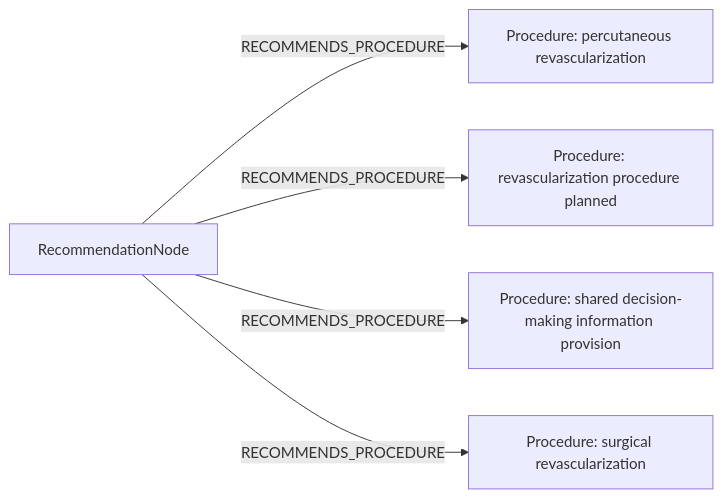
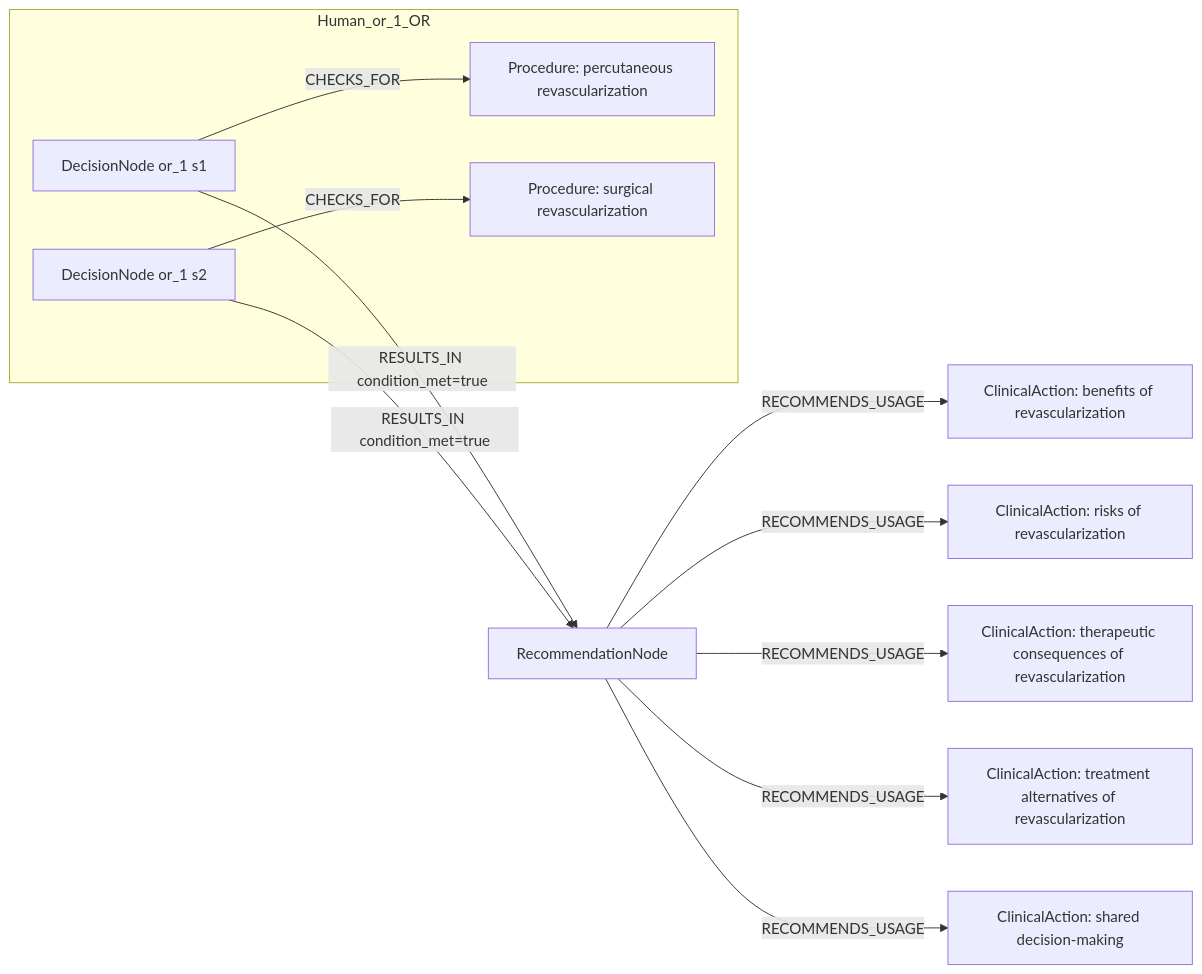
Before and after one commit to dieterich-lab/CardioGuidelinesGraph: the first of 2 diagrams in docs/table22_rows_comparison/row_01.md, drawn with Mermaid. The commit also changed other lines of this file and 21 other files, not shown here.

Commit message:
Fix rowwise Mermaid side handling for human annotations

````diff
--- a/docs/table22_rows_comparison/row_01.md
+++ b/docs/table22_rows_comparison/row_01.md
@@ -324,12 +144,24 @@
 ```mermaid
 graph LR
   REC[RecommendationNode]
-  ACT1[Procedure: percutaneous revascularization]
-  REC -->|RECOMMENDS_PROCEDURE| ACT1
-  ACT2[Procedure: revascularization procedure planned]
-  REC -->|RECOMMENDS_PROCEDURE| ACT2
-  ACT3[Procedure: shared decision-making information provision]
-  REC -->|RECOMMENDS_PROCEDURE| ACT3
-  ACT4[Procedure: surgical revascularization]
-  REC -->|RECOMMENDS_PROCEDURE| ACT4
+  ACT1[ClinicalAction: benefits of revascularization]
+  REC -->|RECOMMENDS_USAGE| ACT1
+  ACT2[ClinicalAction: risks of revascularization]
+  REC -->|RECOMMENDS_USAGE| ACT2
+  ACT3[ClinicalAction: therapeutic consequences of revascularization]
+  REC -->|RECOMMENDS_USAGE| ACT3
+  ACT4[ClinicalAction: treatment alternatives of revascularization]
+  REC -->|RECOMMENDS_USAGE| ACT4
+  ACT5[ClinicalAction: shared decision-making]
+  REC -->|RECOMMENDS_USAGE| ACT5
+  subgraph Human_or_1_OR
+    D_or_1_1[DecisionNode or_1 s1]
+    C_or_1_1[Procedure: percutaneous revascularization]
+    D_or_1_1 -->|CHECKS_FOR| C_or_1_1
+    D_or_1_2[DecisionNode or_1 s2]
+    C_or_1_2[Procedure: surgical revascularization]
+    D_or_1_2 -->|CHECKS_FOR| C_or_1_2
+  end
+  D_or_1_1 -->|RESULTS_IN condition_met=true| REC
+  D_or_1_2 -->|RESULTS_IN condition_met=true| REC
 ```
````
